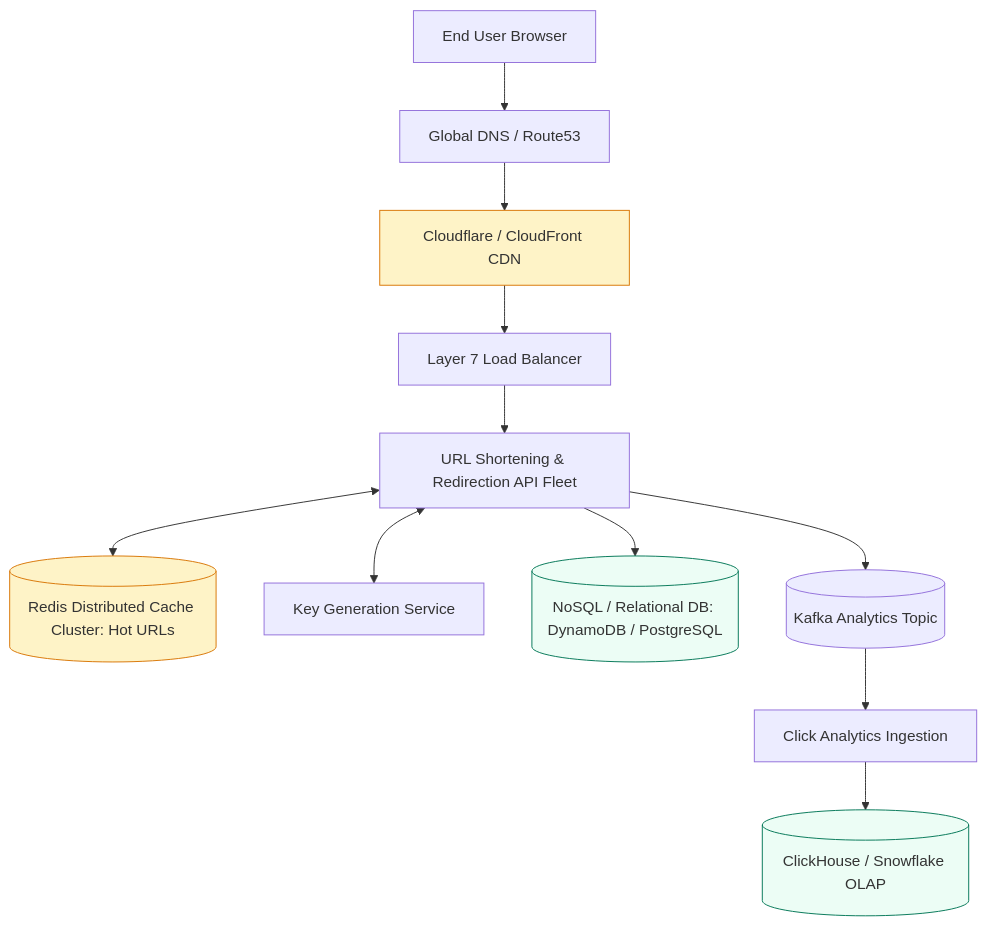
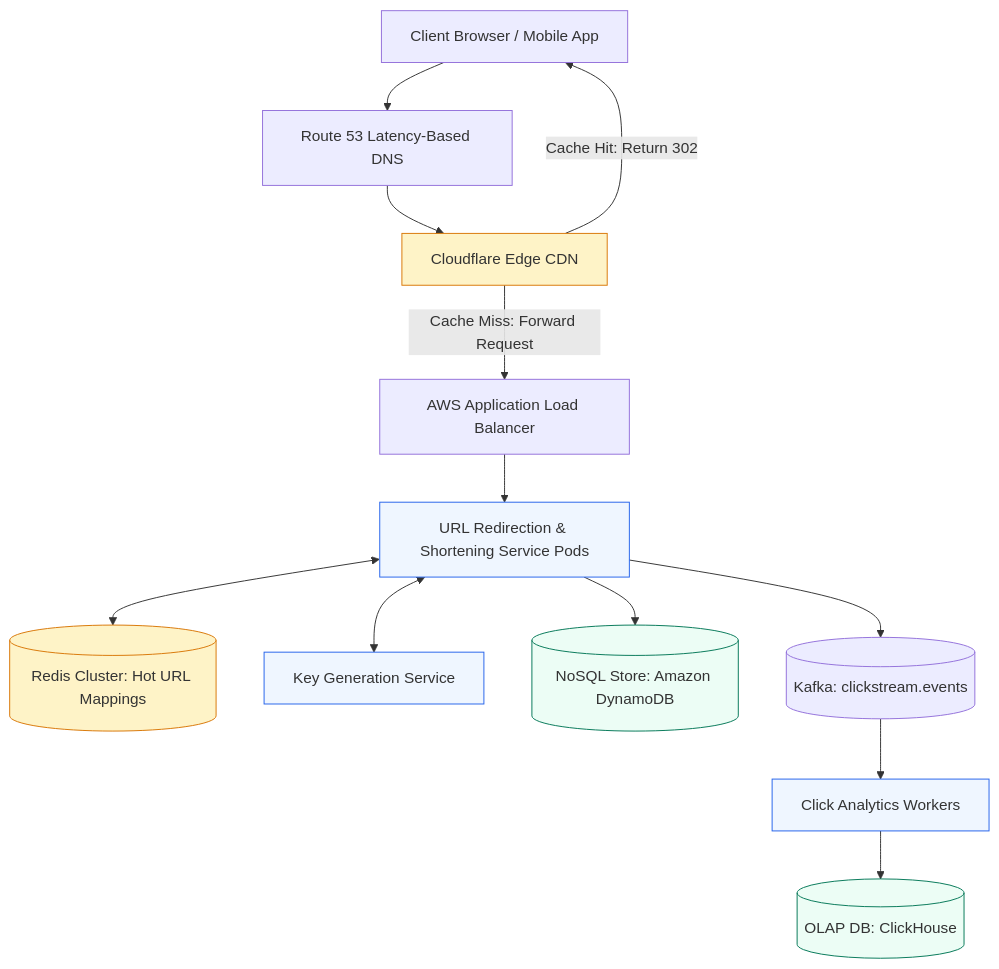
Before and after one commit to kvai9826/system-design-for-program-managers: the second of 4 diagrams in 05-real-world-case-studies/01-url-shortener.md, drawn with Mermaid. The commit also changed other lines of this file and 30 other files, not shown here.

````diff
--- a/05-real-world-case-studies/01-url-shortener.md
+++ b/05-real-world-case-studies/01-url-shortener.md
@@ -49,21 +102,24 @@
 ```mermaid
 flowchart TD
-    User[End User Browser] --> DNS[Global DNS / Route53]
-    DNS --> CDN[Cloudflare / CloudFront CDN]
-    CDN --> LB[Layer 7 Load Balancer]
+    User[Client Browser / Mobile App] --> DNS[Route 53 Latency-Based DNS]
+    DNS --> CDN[Cloudflare Edge CDN]
+    CDN -->|Cache Hit: Return 302| User
+    CDN -->|Cache Miss: Forward Request| ALB[AWS Application Load Balancer]
     
-    LB --> WebApp[URL Shortening & Redirection API Fleet]
+    ALB --> WebFleet[URL Redirection & Shortening Service Pods]
     
-    WebApp <--> Cache[(Redis Distributed Cache Cluster: Hot URLs)]
-    WebApp <--> KGS[Key Generation Service]
-    WebApp --> PrimaryDB[(NoSQL / Relational DB: DynamoDB / PostgreSQL)]
+    WebFleet <--> RedisCluster[(Redis Cluster: Hot URL Mappings)]
+    WebFleet <--> KGS[Key Generation Service]
+    WebFleet --> PrimaryDB[(NoSQL Store: Amazon DynamoDB)]
     
-    WebApp --> AnalyticsKafka[(Kafka Analytics Topic)]
-    AnalyticsKafka --> AnalyticsWorker[Click Analytics Ingestion]
-    AnalyticsWorker --> AnalyticsDB[(ClickHouse / Snowflake OLAP)]
+    WebFleet --> KafkaClickStream[(Kafka: clickstream.events)]
+    KafkaClickStream --> AnalyticsWorker[Click Analytics Workers]
+    AnalyticsWorker --> ClickHouseDB[(OLAP DB: ClickHouse)]
 
-    classDef cdn fill:#fef3c7,stroke:#d97706,stroke-width:1px;
-    classDef db fill:#ecfdf5,stroke:#047857,stroke-width:1px;
-    class CDN,Cache cdn;
-    class PrimaryDB,AnalyticsDB db;
+    classDef cdnStyle fill:#fef3c7,stroke:#d97706,stroke-width:1px;
+    classDef dbStyle fill:#ecfdf5,stroke:#047857,stroke-width:1px;
+    classDef appStyle fill:#eff6ff,stroke:#2563eb,stroke-width:1px;
+    class CDN,RedisCluster cdnStyle;
+    class PrimaryDB,ClickHouseDB dbStyle;
+    class WebFleet,KGS,AnalyticsWorker appStyle;
 ```
````
